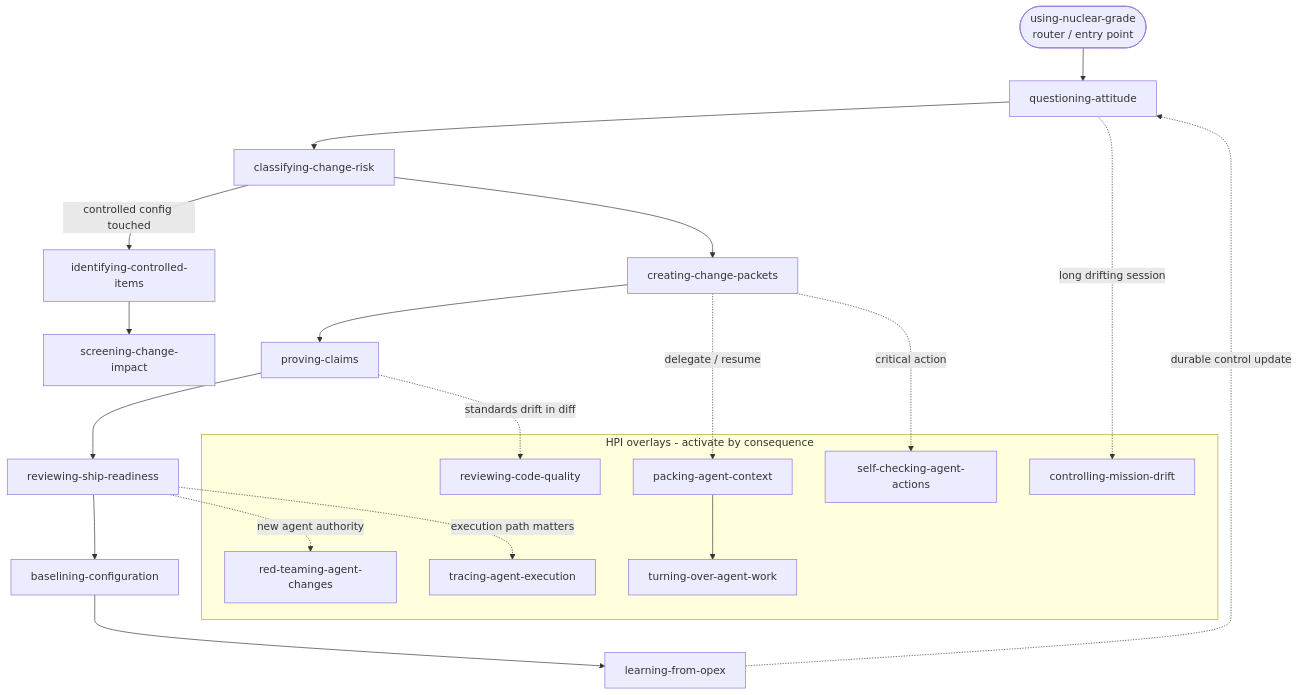
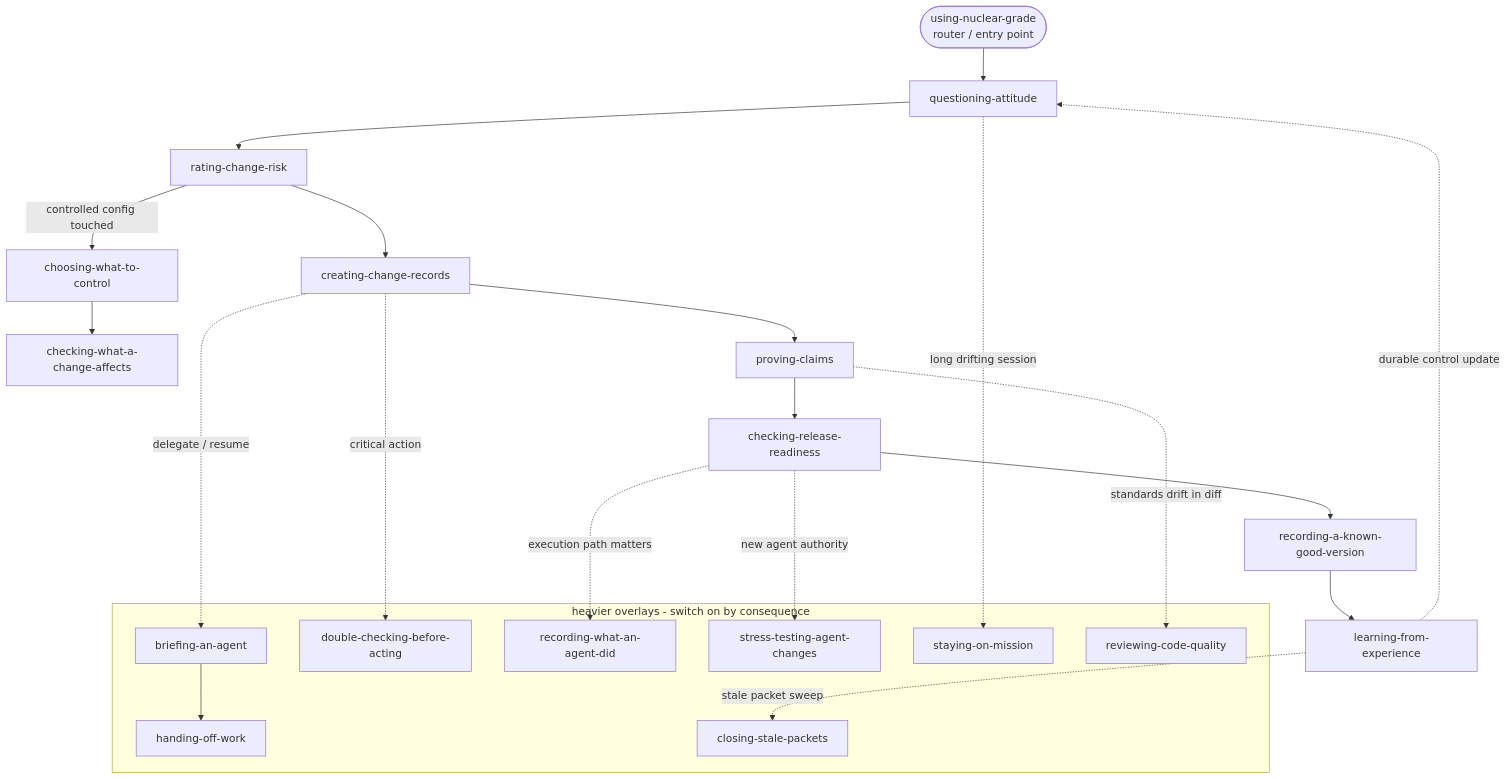
Before and after one commit to FlyFission/nuclear-grade-context-engineering: the third of 4 diagrams in docs/diagrams.md, drawn with Mermaid. The commit also changed other lines of this file and 218 other files, not shown here.

````diff
--- a/docs/diagrams.md
+++ b/docs/diagrams.md
@@ -45,32 +45,34 @@
 ```mermaid
 flowchart TD
     UNG([using-nuclear-grade<br/>router / entry point])
     UNG --> QA[questioning-attitude]
-    QA --> CCR[classifying-change-risk]
-    CCR -->|controlled config touched| ICI[identifying-controlled-items]
-    CCR --> CCP[creating-change-packets]
-    ICI --> SCI[screening-change-impact]
+    QA --> CCR[rating-change-risk]
+    CCR -->|controlled config touched| ICI[choosing-what-to-control]
+    CCR --> CCP[creating-change-records]
+    ICI --> SCI[checking-what-a-change-affects]
     CCP --> PC[proving-claims]
-    PC --> RSR[reviewing-ship-readiness]
-    RSR --> BC[baselining-configuration]
-    BC --> LFO[learning-from-opex]
+    PC --> RSR[checking-release-readiness]
+    RSR --> BC[recording-a-known-good-version]
+    BC --> LFO[learning-from-experience]
     LFO -.durable control update.-> QA
 
-    subgraph overlays[HPI overlays - activate by consequence]
-      PAC[packing-agent-context]
-      TOW[turning-over-agent-work]
-      SCA[self-checking-agent-actions]
-      TAE[tracing-agent-execution]
-      RTA[red-teaming-agent-changes]
-      CMD[controlling-mission-drift]
+    subgraph overlays[heavier overlays - switch on by consequence]
+      PAC[briefing-an-agent]
+      TOW[handing-off-work]
+      SCA[double-checking-before-acting]
+      TAE[recording-what-an-agent-did]
+      RTA[stress-testing-agent-changes]
+      CMD[staying-on-mission]
       RCQ[reviewing-code-quality]
+      CSP[closing-stale-packets]
     end
 
     CCP -.delegate / resume.-> PAC
     PAC --> TOW
     CCP -.critical action.-> SCA
     RSR -.new agent authority.-> RTA
     RSR -.execution path matters.-> TAE
     QA -.long drifting session.-> CMD
     PC -.standards drift in diff.-> RCQ
+    LFO -.stale packet sweep.-> CSP
 ```
````
